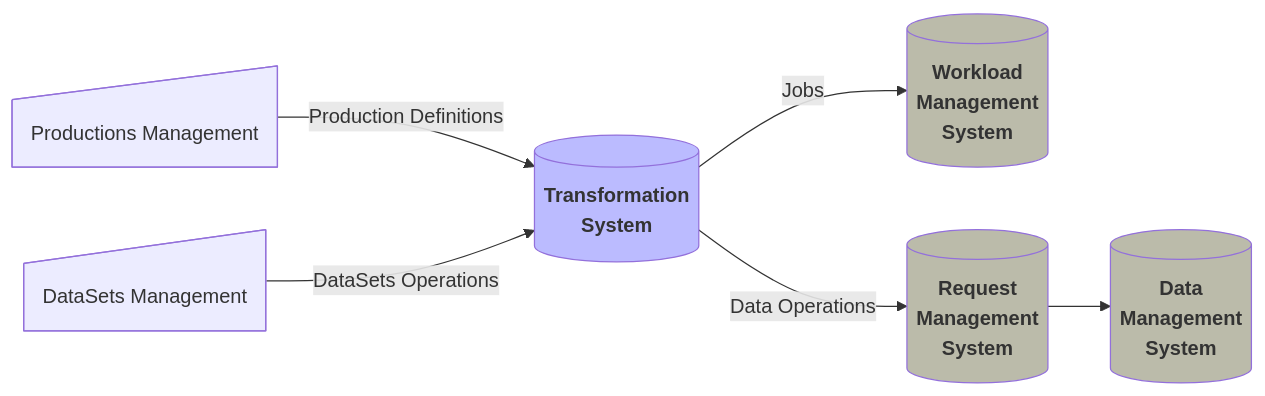
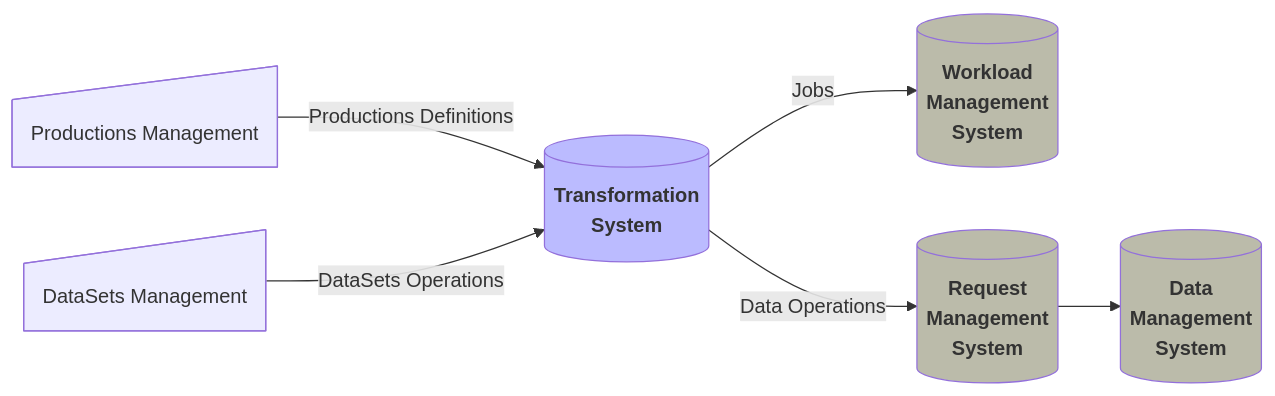
The fourth of 7 diagrams in slides.md (Soap2G/atlas-opendata-infrastructure), drawn with Mermaid before and after one commit. The commit also changed other lines of this file, not shown here.

````diff
--- a/slides.md
+++ b/slides.md
@@ -271,27 +271,27 @@
 ```mermaid
 %%{init: { 'theme': 'default' }}%%
 flowchart LR;
 TS[("`**Transformation
 System**`")]
 style TS fill:#bbf
 WMS[("`**Workload
 Management
 System**`")]
 style WMS fill:#bba
 RMS[("`**Request
 Management
 System**`")]
 style RMS fill:#bba
 DMS[("`**Data
 Management
 System**`")]
 style DMS fill:#bba
 PM@{ shape: sl-rect, label: "Productions Management" }
 DM@{ shape: sl-rect, label: "DataSets Management" }
 
-PM-->|Production Definitions|TS
+PM-->|Productions Definitions|TS
 DM-->|DataSets Operations|TS
 TS-->|Jobs|WMS
 TS-->|Data Operations|RMS
 RMS-->DMS
 ```
````
